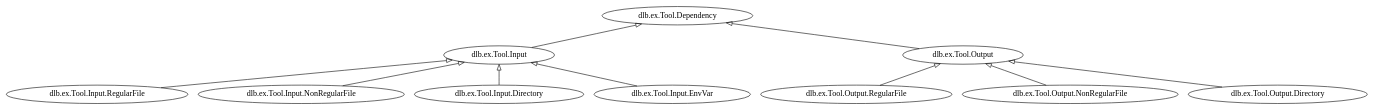
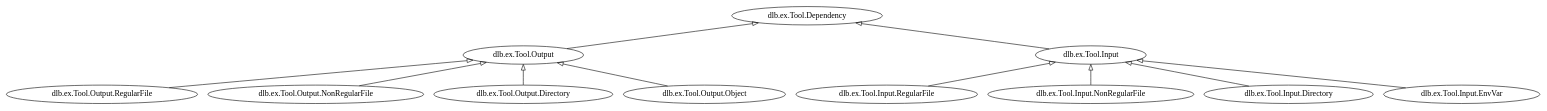
The second of 2 diagrams in doc/ex_tool.rst (dlu-ch/dlb), drawn with Graphviz before and after one commit. The commit also changed other lines of this file and 5 other files, not shown here.

First line of the commit message:
Add dlb.ex.Tool.Output.Object

```diff
--- a/doc/ex_tool.rst
+++ b/doc/ex_tool.rst
@@ -334,19 +334,20 @@
 .. graphviz::
 
    digraph foo {
        graph [rankdir=BT];
        node [height=0.25];
        edge [arrowhead=empty];
 
        "dlb.ex.Tool.Input.RegularFile" -> "dlb.ex.Tool.Input";
        "dlb.ex.Tool.Input.NonRegularFile" -> "dlb.ex.Tool.Input";
        "dlb.ex.Tool.Input.Directory" -> "dlb.ex.Tool.Input";
        "dlb.ex.Tool.Input.EnvVar" -> "dlb.ex.Tool.Input";
 
        "dlb.ex.Tool.Output.RegularFile" -> "dlb.ex.Tool.Output";
        "dlb.ex.Tool.Output.NonRegularFile" -> "dlb.ex.Tool.Output";
        "dlb.ex.Tool.Output.Directory" -> "dlb.ex.Tool.Output";
+       "dlb.ex.Tool.Output.Object" -> "dlb.ex.Tool.Output";
 
        "dlb.ex.Tool.Input" -> "dlb.ex.Tool.Dependency";
        "dlb.ex.Tool.Output" -> "dlb.ex.Tool.Dependency";
    }
```
